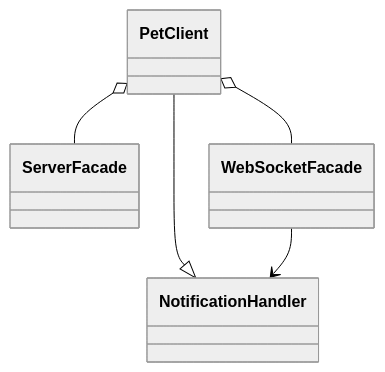
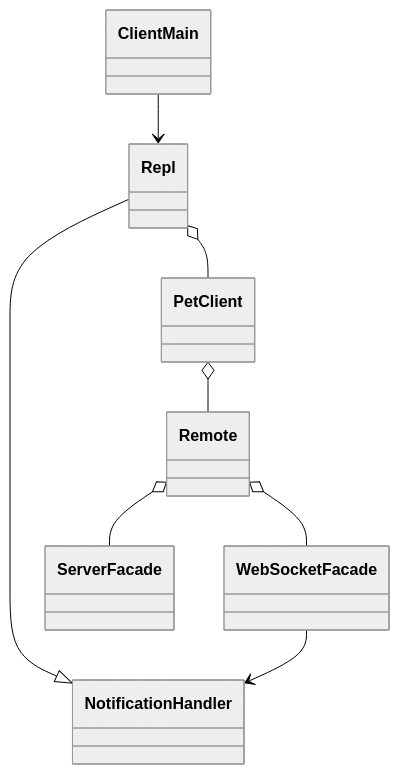
The first of 3 diagrams in README.md (softwareconstruction240/petshop), drawn with Mermaid before and after one commit. The commit also changed other lines of this file, not shown here.

Commit message:
enhance(readment) to match client refactor

````diff
--- a/README.md
+++ b/README.md
@@ -47,9 +49,12 @@
 ```mermaid
 %%{init: { 'theme': 'neutral', 'themeVariables': { 'lineColor': '#000000', 'primaryTextColor': '#000000', 'actorBorder': '#000000', 'participantBorder': '#000000', 'noteBorderColor': '#000000' } }}%%
 
 classDiagram
-    PetClient--|> NotificationHandler
-    PetClient o-- ServerFacade
-    PetClient o-- WebSocketFacade
-    WebSocketFacade-->NotificationHandler
+    ClientMain --> Repl
+    Repl --|> NotificationHandler
+    Repl o-- PetClient
+    PetClient o-- Remote
+    Remote o-- ServerFacade
+    Remote o-- WebSocketFacade
+    WebSocketFacade --> NotificationHandler
 ```
````
